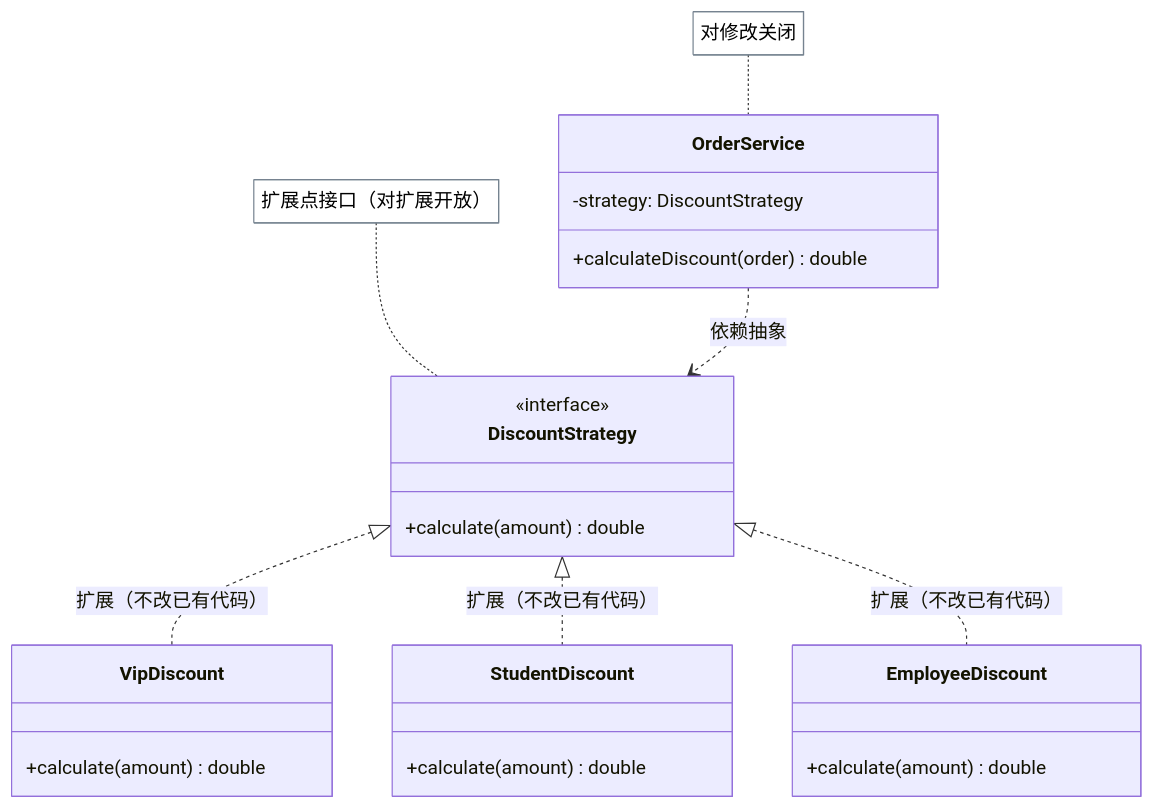
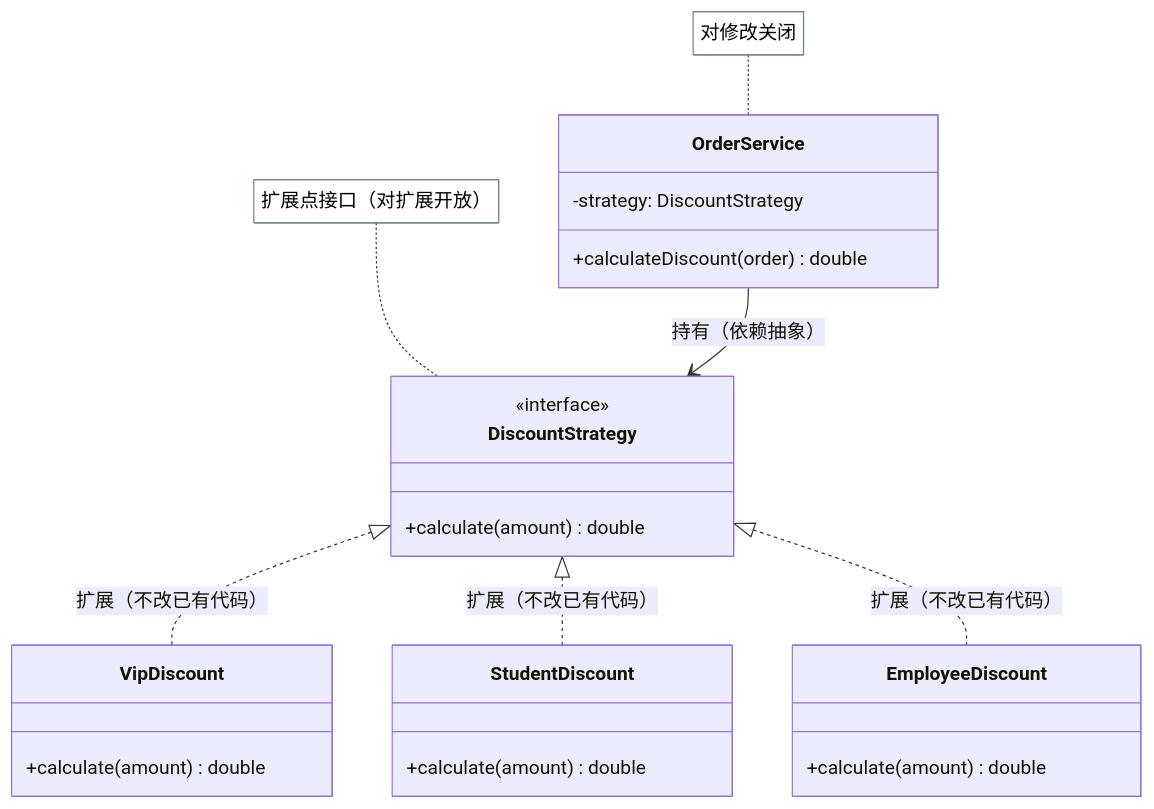
The fourth of 7 diagrams in docs/topic/design-patterns/design-principles/index.md (luguosong/programming-notes), drawn with Mermaid before and after one commit. The commit also changed other lines of this file and 1 other file, not shown here.

First line of the commit message:
fix: 修正 classDiagram 箭头语义错误

````diff
--- a/docs/topic/design-patterns/design-principles/index.md
+++ b/docs/topic/design-patterns/design-principles/index.md
@@ -389,28 +389,28 @@
 ```mermaid
 %%{init: {'themeVariables': {'noteBkgColor': 'transparent', 'noteBorderColor': '#768390'}}}%%
 classDiagram
     classDef default fill:transparent,stroke:#768390
     class DiscountStrategy {
         <<interface>>
         +calculate(amount) double
     }
     class VipDiscount {
         +calculate(amount) double
     }
     class StudentDiscount {
         +calculate(amount) double
     }
     class EmployeeDiscount {
         +calculate(amount) double
     }
     class OrderService {
         -strategy: DiscountStrategy
         +calculateDiscount(order) double
     }
     DiscountStrategy <|.. VipDiscount : 扩展（不改已有代码）
     DiscountStrategy <|.. StudentDiscount : 扩展（不改已有代码）
     DiscountStrategy <|.. EmployeeDiscount : 扩展（不改已有代码）
-    OrderService ..> DiscountStrategy : 依赖抽象
+    OrderService --> DiscountStrategy : 持有（依赖抽象）
     note for DiscountStrategy "扩展点接口（对扩展开放）"
     note for OrderService "对修改关闭"
 ```
````
